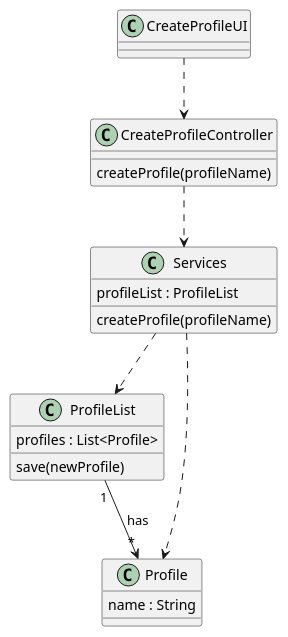
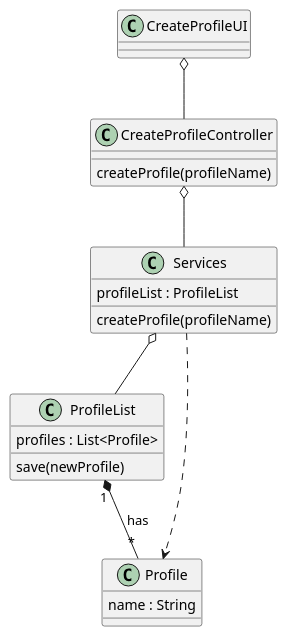
Before and after one commit to ivo-menezes/project_g3: the diagram in docs/modelling_design/user_stories/us001/US001_CreateProfileCD.puml, drawn with PlantUML.

Commit message:
US001 : Design : Updated CD

```diff
--- a/docs/modelling_design/user_stories/us001/US001_CreateProfileCD.puml
+++ b/docs/modelling_design/user_stories/us001/US001_CreateProfileCD.puml
@@ -1,30 +1,30 @@
 @startuml
 
 class CreateProfileUI {
 }
 
 class CreateProfileController {
 createProfile(profileName)
 }
 
 class Services {
 profileList : ProfileList
 createProfile(profileName)
 }
 
 class ProfileList {
 profiles : List<Profile>
 save(newProfile)
 }
 
 class Profile {
 name : String
 }
 
-CreateProfileUI ..> CreateProfileController
-CreateProfileController ..> Services
-Services ..> ProfileList
+CreateProfileUI o-- CreateProfileController
+CreateProfileController o-- Services
+Services o-- ProfileList
 Services ..> Profile
-ProfileList "1" --> "*" Profile : has
+ProfileList "1" *-- "*" Profile : has
 
 @enduml
```
